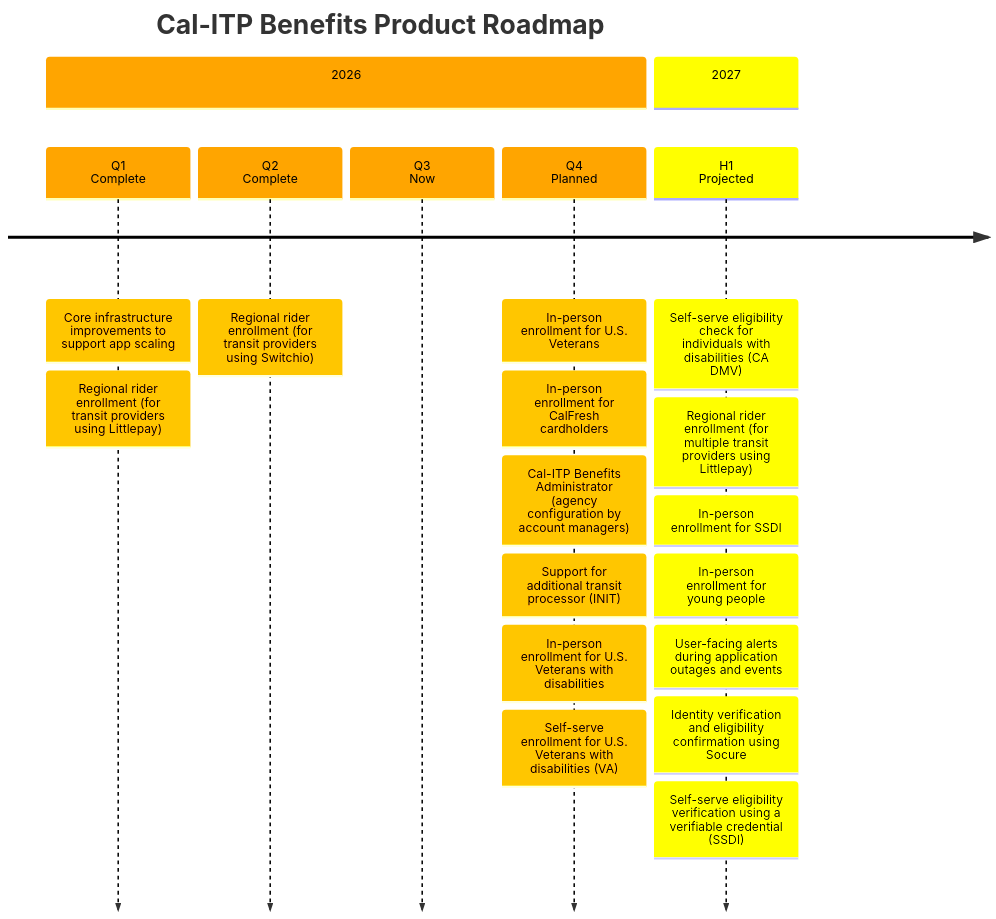
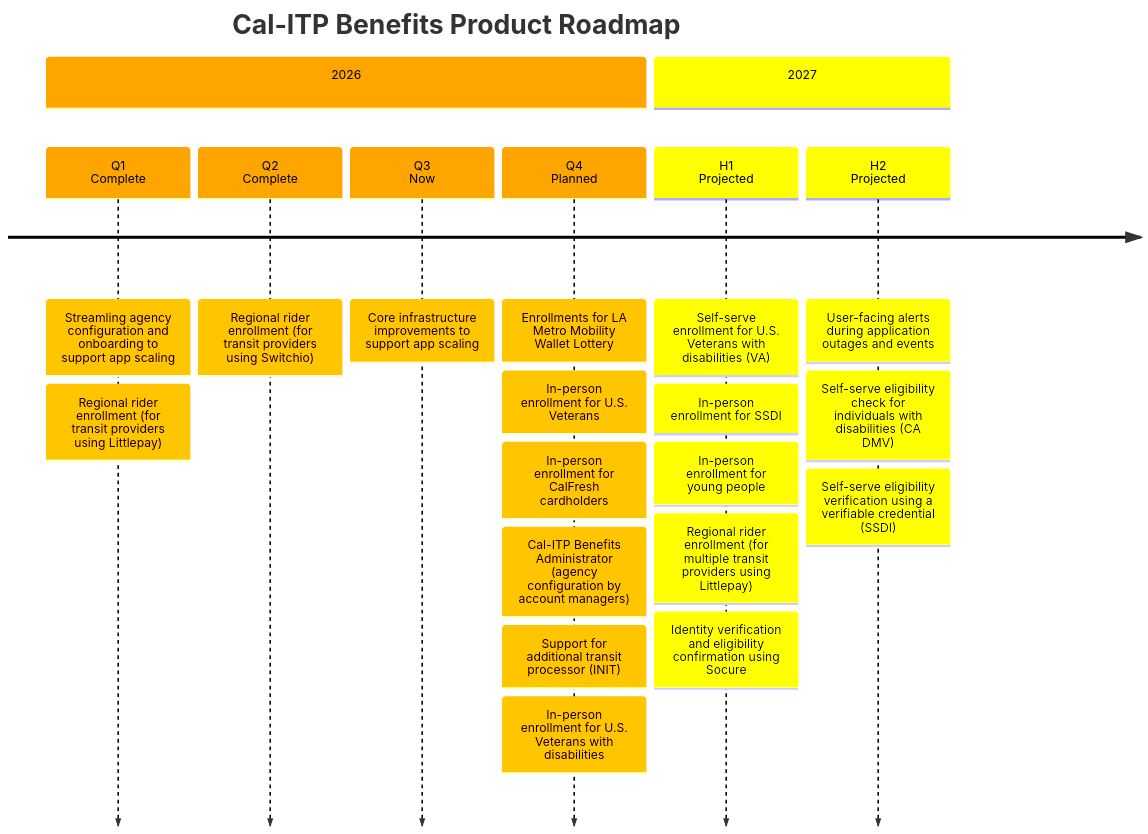
One commit to cal-itp/benefits changed the diagram in docs/index.md. Above: the diagram before and after it, drawn with Mermaid.

Commit message:
docs: revisions for H2 2026 and H1/H2 2027

````diff
--- a/docs/index.md
+++ b/docs/index.md
@@ -26,51 +26,56 @@
 ```mermaid
 timeline
     title Cal-ITP Benefits Product Roadmap
 
 %% Cal-ITP Benefits Epics (2026)
 
         section 2026
 
         Q1<br>Complete
-        : Core infrastructure improvements to support app scaling
+        : Streamling agency configuration and onboarding to support app scaling
         : Regional rider enrollment (for transit providers using Littlepay)
 
         Q2<br>Complete
         : Regional rider enrollment (for transit providers using Switchio)
 
         Q3<br>Now
+        : Core infrastructure improvements to support app scaling
 
         Q4<br>Planned
+        : Enrollments for LA Metro Mobility Wallet Lottery
         : In-person enrollment for U.S. Veterans
         : In-person enrollment for CalFresh cardholders
         : Cal-ITP Benefits Administrator<br>(agency configuration by account managers)
         : Support for additional transit processor (INIT)
         : In-person enrollment for U.S. Veterans with disabilities
-        : Self-serve enrollment for U.S. Veterans with disabilities (VA)
+
 
 %% Cal-ITP Benefits Epics & Initiatives (Future)
 
         section 2027
 
         H1<br>Projected
 
-        : Self-serve eligibility check for individuals with disabilities (CA DMV)
-        : Regional rider enrollment (for multiple transit providers using Littlepay)
+        : Self-serve enrollment for U.S. Veterans with disabilities (VA)
         : In-person enrollment for SSDI
         : In-person enrollment for young people
+        : Regional rider enrollment (for multiple transit providers using Littlepay)
+        : Identity verification and eligibility confirmation using Socure
+
+          H2<br>Projected
         : User-facing alerts during application outages and events
-        : Identity verification and eligibility confirmation using Socure
+        : Self-serve eligibility check for individuals with disabilities (CA DMV)
         : Self-serve eligibility verification using a verifiable credential (SSDI)
 %%{
   init: {
     'logLevel': 'debug',
     'theme': 'default' ,
     'themeVariables': {
       'cScale0': 'orange',
       'cScaleLabel0': 'black',
       'cScale1': 'yellow',
       'cScaleLabel1': 'black'
     }
   }
 }%%
 ```
````
